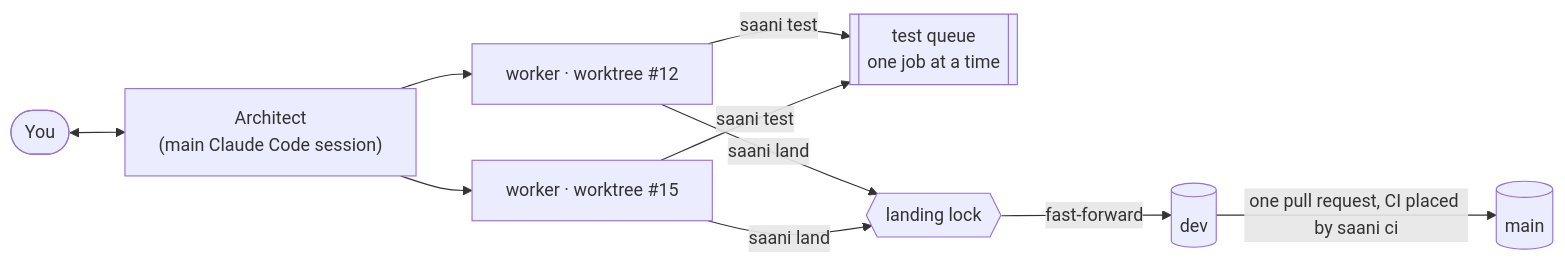
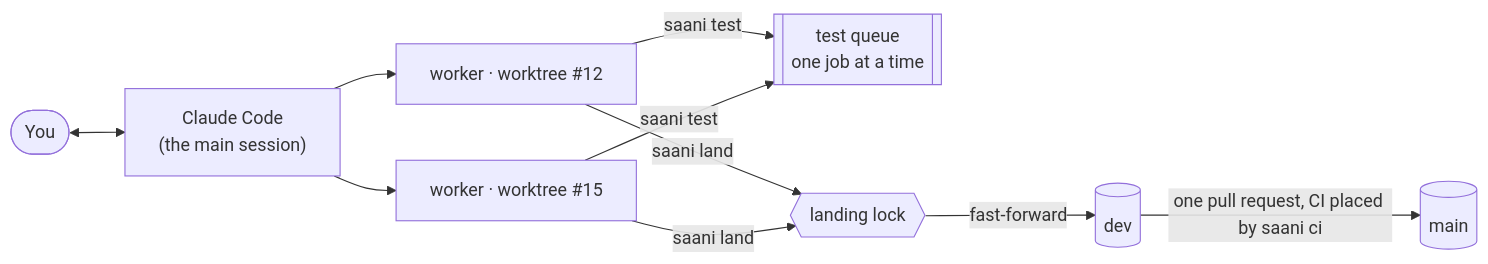
One commit to lordlothar99/saani changed the diagram in README.md. Above: the diagram before and after it, drawn with Mermaid. The commit also changed other lines of this file and 12 other files, not shown here.

First line of the commit message:
Wording: the main session is Claude Code, no longer "the Architect" (refs #1)

````diff
--- a/README.md
+++ b/README.md
@@ -29,9 +29,9 @@
 ```mermaid
 flowchart LR
-    you(["You"]) <--> arch["Architect<br/>(main Claude Code session)"]
+    you(["You"]) <--> arch["Claude Code<br/>(the main session)"]
     arch --> w1["worker · worktree #12"] & w2["worker · worktree #15"]
     w1 & w2 -->|saani test| q[["test queue<br/>one job at a time"]]
     w1 & w2 -->|saani land| lock{{"landing lock"}}
     lock -->|fast-forward| dev[("dev")]
     dev -->|one pull request, CI placed by saani ci| main[("main")]
 ```
````
